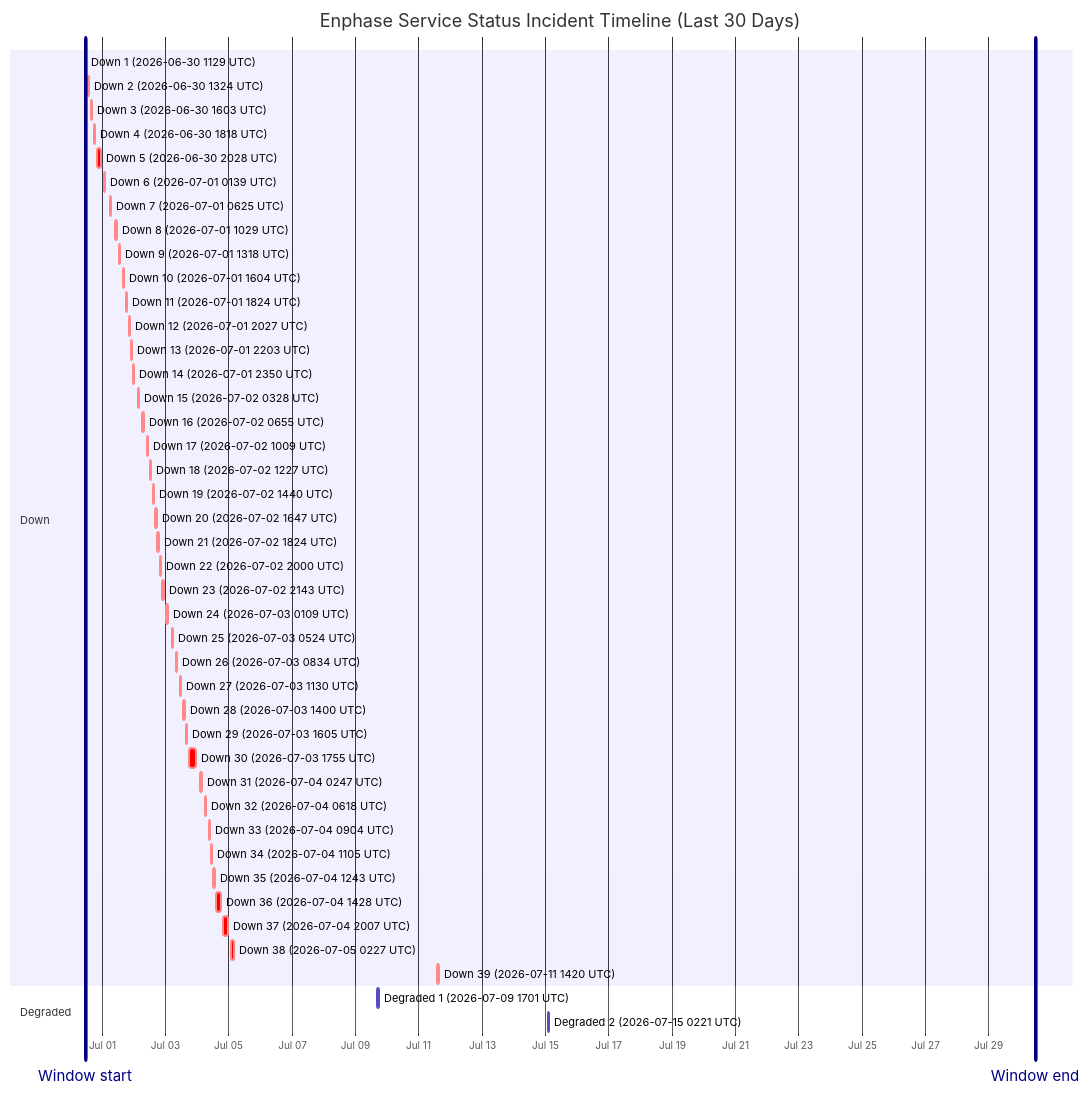
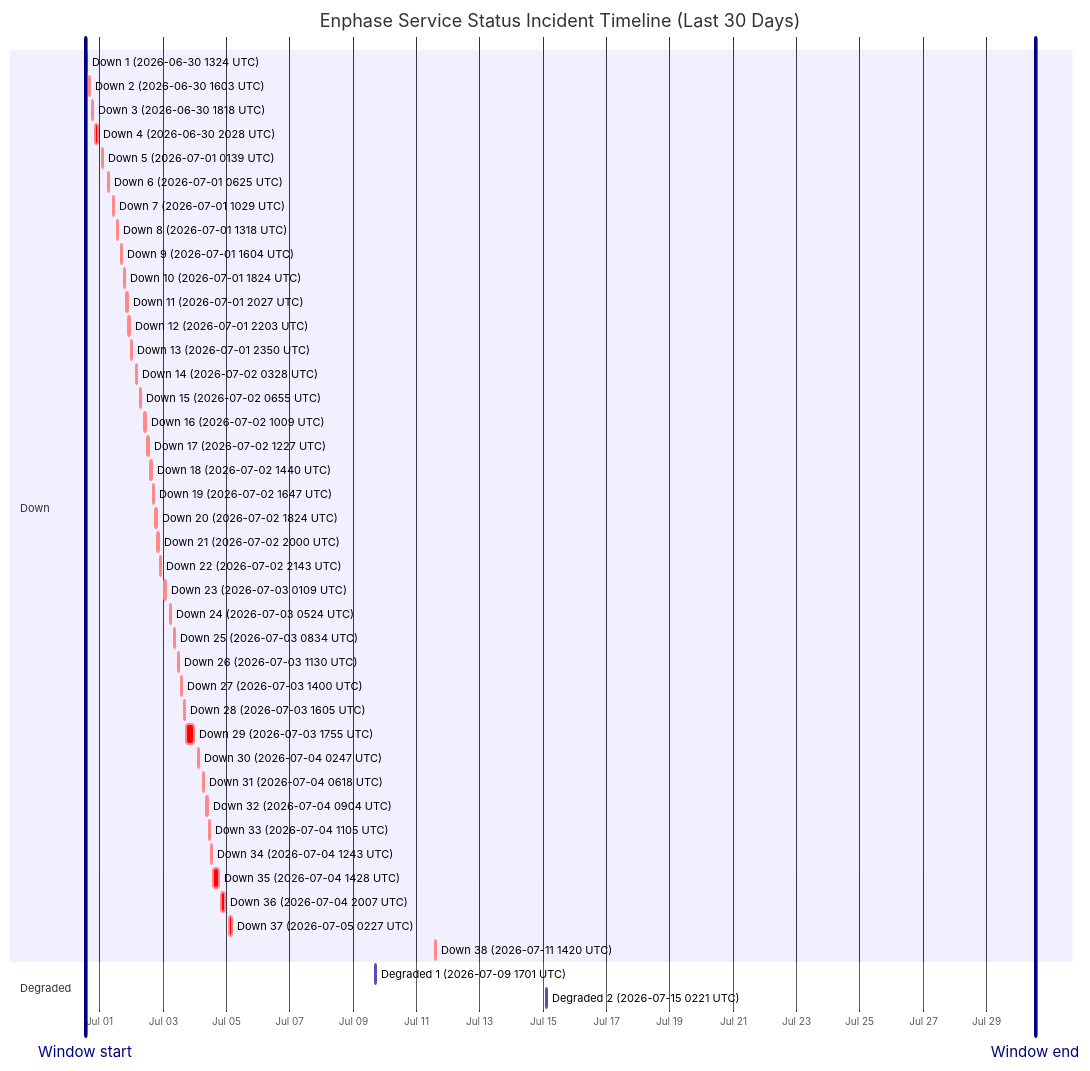
Before and after one commit to barneyonline/ha-enphase-energy: the diagram in wiki/Service-Status-History.md, drawn with Mermaid. The commit also changed other lines of this file and 3 other files, not shown here.

````diff
--- a/wiki/Service-Status-History.md
+++ b/wiki/Service-Status-History.md
@@ -14,51 +14,50 @@
 ```mermaid
 gantt
     title Enphase Service Status Incident Timeline (Last 30 Days)
     dateFormat  YYYY-MM-DDTHH:mm:ss
     axisFormat  %b %d
-    Window start :vert, window-start, 2026-06-30T11:28:09, 0ms
-    Window end :vert, window-end, 2026-07-30T11:28:09, 0ms
+    Window start :vert, window-start, 2026-06-30T13:08:09, 0ms
+    Window end :vert, window-end, 2026-07-30T13:08:09, 0ms
     section Down
-    Down 1 (2026-06-30 1129 UTC) :crit, down-1, 2026-06-30T11:29:15, 60m
-    Down 2 (2026-06-30 1324 UTC) :crit, down-2, 2026-06-30T13:24:25, 60m
-    Down 3 (2026-06-30 1603 UTC) :crit, down-3, 2026-06-30T16:03:26, 60m
-    Down 4 (2026-06-30 1818 UTC) :crit, down-4, 2026-06-30T18:18:39, 60m
-    Down 5 (2026-06-30 2028 UTC) :crit, down-5, 2026-06-30T20:28:54, 171m
-    Down 6 (2026-07-01 0139 UTC) :crit, down-6, 2026-07-01T01:39:18, 60m
-    Down 7 (2026-07-01 0625 UTC) :crit, down-7, 2026-07-01T06:25:35, 60m
-    Down 8 (2026-07-01 1029 UTC) :crit, down-8, 2026-07-01T10:29:24, 60m
-    Down 9 (2026-07-01 1318 UTC) :crit, down-9, 2026-07-01T13:18:31, 60m
-    Down 10 (2026-07-01 1604 UTC) :crit, down-10, 2026-07-01T16:04:29, 60m
-    Down 11 (2026-07-01 1824 UTC) :crit, down-11, 2026-07-01T18:24:21, 60m
-    Down 12 (2026-07-01 2027 UTC) :crit, down-12, 2026-07-01T20:27:17, 60m
-    Down 13 (2026-07-01 2203 UTC) :crit, down-13, 2026-07-01T22:03:46, 60m
-    Down 14 (2026-07-01 2350 UTC) :crit, down-14, 2026-07-01T23:50:52, 60m
-    Down 15 (2026-07-02 0328 UTC) :crit, down-15, 2026-07-02T03:28:33, 60m
-    Down 16 (2026-07-02 0655 UTC) :crit, down-16, 2026-07-02T06:55:07, 60m
-    Down 17 (2026-07-02 1009 UTC) :crit, down-17, 2026-07-02T10:09:15, 60m
-    Down 18 (2026-07-02 1227 UTC) :crit, down-18, 2026-07-02T12:27:49, 60m
-    Down 19 (2026-07-02 1440 UTC) :crit, down-19, 2026-07-02T14:40:53, 60m
-    Down 20 (2026-07-02 1647 UTC) :crit, down-20, 2026-07-02T16:47:47, 60m
-    Down 21 (2026-07-02 1824 UTC) :crit, down-21, 2026-07-02T18:24:26, 60m
-    Down 22 (2026-07-02 2000 UTC) :crit, down-22, 2026-07-02T20:00:57, 60m
-    Down 23 (2026-07-02 2143 UTC) :crit, down-23, 2026-07-02T21:43:52, 80m
-    Down 24 (2026-07-03 0109 UTC) :crit, down-24, 2026-07-03T01:09:19, 60m
-    Down 25 (2026-07-03 0524 UTC) :crit, down-25, 2026-07-03T05:24:23, 60m
-    Down 26 (2026-07-03 0834 UTC) :crit, down-26, 2026-07-03T08:34:05, 60m
-    Down 27 (2026-07-03 1130 UTC) :crit, down-27, 2026-07-03T11:30:41, 60m
-    Down 28 (2026-07-03 1400 UTC) :crit, down-28, 2026-07-03T14:00:48, 60m
-    Down 29 (2026-07-03 1605 UTC) :crit, down-29, 2026-07-03T16:05:49, 60m
-    Down 30 (2026-07-03 1755 UTC) :crit, down-30, 2026-07-03T17:55:54, 338m
-    Down 31 (2026-07-04 0247 UTC) :crit, down-31, 2026-07-04T02:47:22, 60m
-    Down 32 (2026-07-04 0618 UTC) :crit, down-32, 2026-07-04T06:18:09, 60m
-    Down 33 (2026-07-04 0904 UTC) :crit, down-33, 2026-07-04T09:04:41, 60m
-    Down 34 (2026-07-04 1105 UTC) :crit, down-34, 2026-07-04T11:05:21, 60m
-    Down 35 (2026-07-04 1243 UTC) :crit, down-35, 2026-07-04T12:43:25, 60m
-    Down 36 (2026-07-04 1428 UTC) :crit, down-36, 2026-07-04T14:28:07, 243m
-    Down 37 (2026-07-04 2007 UTC) :crit, down-37, 2026-07-04T20:07:50, 206m
-    Down 38 (2026-07-05 0227 UTC) :crit, down-38, 2026-07-05T02:27:32, 109m
-    Down 39 (2026-07-11 1420 UTC) :crit, down-39, 2026-07-11T14:20:54, 69m
+    Down 1 (2026-06-30 1324 UTC) :crit, down-1, 2026-06-30T13:24:25, 60m
+    Down 2 (2026-06-30 1603 UTC) :crit, down-2, 2026-06-30T16:03:26, 60m
+    Down 3 (2026-06-30 1818 UTC) :crit, down-3, 2026-06-30T18:18:39, 60m
+    Down 4 (2026-06-30 2028 UTC) :crit, down-4, 2026-06-30T20:28:54, 171m
+    Down 5 (2026-07-01 0139 UTC) :crit, down-5, 2026-07-01T01:39:18, 60m
+    Down 6 (2026-07-01 0625 UTC) :crit, down-6, 2026-07-01T06:25:35, 60m
+    Down 7 (2026-07-01 1029 UTC) :crit, down-7, 2026-07-01T10:29:24, 60m
+    Down 8 (2026-07-01 1318 UTC) :crit, down-8, 2026-07-01T13:18:31, 60m
+    Down 9 (2026-07-01 1604 UTC) :crit, down-9, 2026-07-01T16:04:29, 60m
+    Down 10 (2026-07-01 1824 UTC) :crit, down-10, 2026-07-01T18:24:21, 60m
+    Down 11 (2026-07-01 2027 UTC) :crit, down-11, 2026-07-01T20:27:17, 60m
+    Down 12 (2026-07-01 2203 UTC) :crit, down-12, 2026-07-01T22:03:46, 60m
+    Down 13 (2026-07-01 2350 UTC) :crit, down-13, 2026-07-01T23:50:52, 60m
+    Down 14 (2026-07-02 0328 UTC) :crit, down-14, 2026-07-02T03:28:33, 60m
+    Down 15 (2026-07-02 0655 UTC) :crit, down-15, 2026-07-02T06:55:07, 60m
+    Down 16 (2026-07-02 1009 UTC) :crit, down-16, 2026-07-02T10:09:15, 60m
+    Down 17 (2026-07-02 1227 UTC) :crit, down-17, 2026-07-02T12:27:49, 60m
+    Down 18 (2026-07-02 1440 UTC) :crit, down-18, 2026-07-02T14:40:53, 60m
+    Down 19 (2026-07-02 1647 UTC) :crit, down-19, 2026-07-02T16:47:47, 60m
+    Down 20 (2026-07-02 1824 UTC) :crit, down-20, 2026-07-02T18:24:26, 60m
+    Down 21 (2026-07-02 2000 UTC) :crit, down-21, 2026-07-02T20:00:57, 60m
+    Down 22 (2026-07-02 2143 UTC) :crit, down-22, 2026-07-02T21:43:52, 80m
+    Down 23 (2026-07-03 0109 UTC) :crit, down-23, 2026-07-03T01:09:19, 60m
+    Down 24 (2026-07-03 0524 UTC) :crit, down-24, 2026-07-03T05:24:23, 60m
+    Down 25 (2026-07-03 0834 UTC) :crit, down-25, 2026-07-03T08:34:05, 60m
+    Down 26 (2026-07-03 1130 UTC) :crit, down-26, 2026-07-03T11:30:41, 60m
+    Down 27 (2026-07-03 1400 UTC) :crit, down-27, 2026-07-03T14:00:48, 60m
+    Down 28 (2026-07-03 1605 UTC) :crit, down-28, 2026-07-03T16:05:49, 60m
+    Down 29 (2026-07-03 1755 UTC) :crit, down-29, 2026-07-03T17:55:54, 338m
+    Down 30 (2026-07-04 0247 UTC) :crit, down-30, 2026-07-04T02:47:22, 60m
+    Down 31 (2026-07-04 0618 UTC) :crit, down-31, 2026-07-04T06:18:09, 60m
+    Down 32 (2026-07-04 0904 UTC) :crit, down-32, 2026-07-04T09:04:41, 60m
+    Down 33 (2026-07-04 1105 UTC) :crit, down-33, 2026-07-04T11:05:21, 60m
+    Down 34 (2026-07-04 1243 UTC) :crit, down-34, 2026-07-04T12:43:25, 60m
+    Down 35 (2026-07-04 1428 UTC) :crit, down-35, 2026-07-04T14:28:07, 243m
+    Down 36 (2026-07-04 2007 UTC) :crit, down-36, 2026-07-04T20:07:50, 206m
+    Down 37 (2026-07-05 0227 UTC) :crit, down-37, 2026-07-05T02:27:32, 109m
+    Down 38 (2026-07-11 1420 UTC) :crit, down-38, 2026-07-11T14:20:54, 69m
     section Degraded
     Degraded 1 (2026-07-09 1701 UTC) :active, degraded-1, 2026-07-09T17:01:02, 60m
     Degraded 2 (2026-07-15 0221 UTC) :active, degraded-2, 2026-07-15T02:21:35, 60m
 ```
````
